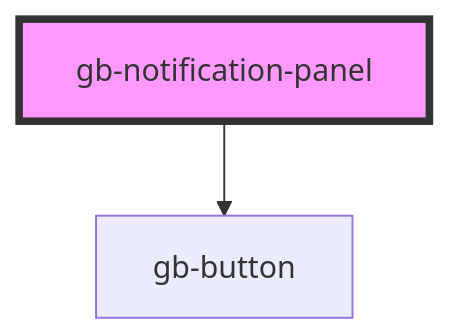
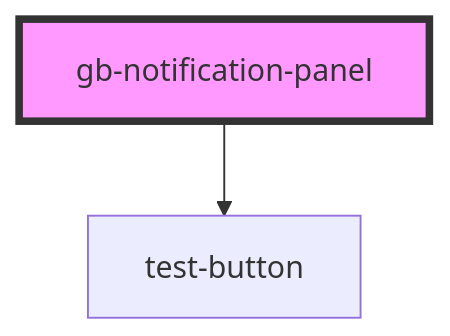
One commit to Emmanuel1858/globusComponent changed the diagram in src/components/gb-notification-panel/readme.md. Above: the diagram before and after it, drawn with Mermaid. The commit also changed other lines of this file and 33 other files, not shown here.

````diff
--- a/src/components/gb-notification-panel/readme.md
+++ b/src/components/gb-notification-panel/readme.md
@@ -22,5 +22,5 @@
 ```mermaid
 graph TD;
-  gb-notification-panel --> gb-button
+  gb-notification-panel --> test-button
   style gb-notification-panel fill:#f9f,stroke:#333,stroke-width:4px
 ```
````
